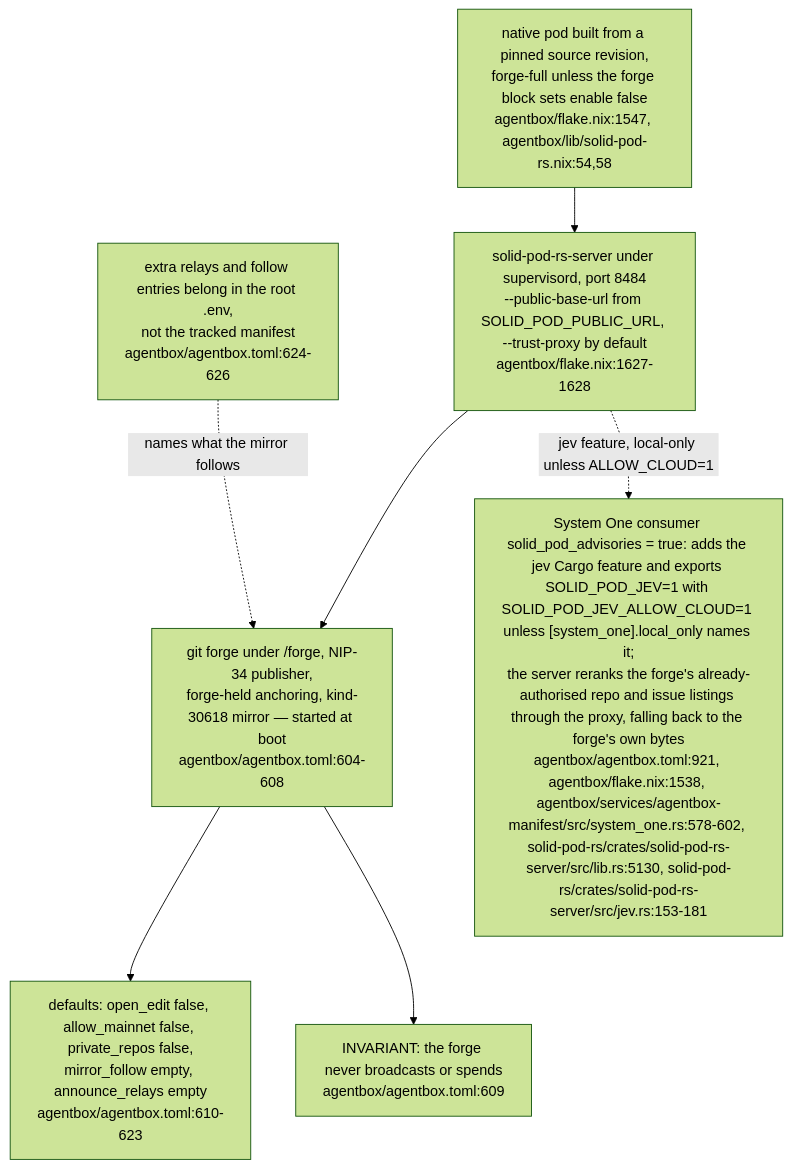
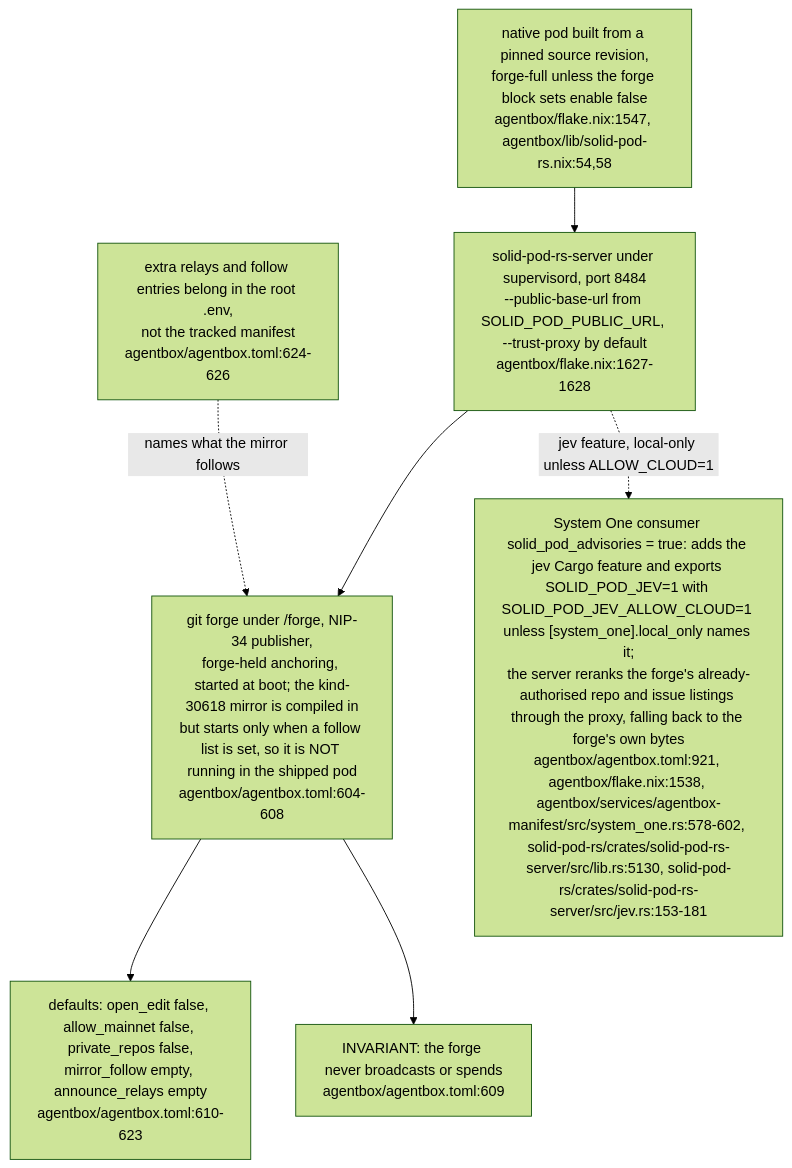
One commit to DreamLab-AI/VisionFlow changed diagram 13 of 13 in docs/diagrams/estate/08-solid-pod-estate.md. Above: the diagram before and after it, drawn with Mermaid (forest theme). The commit also changed other lines of this file and 151 other files, not shown here.

````diff
--- a/docs/diagrams/estate/08-solid-pod-estate.md
+++ b/docs/diagrams/estate/08-solid-pod-estate.md
@@ -528,15 +528,15 @@
 ```mermaid
 flowchart TB
     PIN["native pod built from a pinned source revision,<br/>forge-full unless the forge block sets enable false<br/>agentbox/flake.nix:1547, agentbox/lib/solid-pod-rs.nix:54,58"]
     SRV["solid-pod-rs-server under supervisord, port 8484<br/>--public-base-url from SOLID_POD_PUBLIC_URL, --trust-proxy by default<br/>agentbox/flake.nix:1627-1628"]
-    FORGE["git forge under /forge, NIP-34 publisher,<br/>forge-held anchoring, kind-30618 mirror — started at boot<br/>agentbox/agentbox.toml:604-608"]
+    FORGE["git forge under /forge, NIP-34 publisher,<br/>forge-held anchoring, started at boot; the kind-30618 mirror is compiled in<br/>but starts only when a follow list is set, so it is NOT running in the shipped pod<br/>agentbox/agentbox.toml:604-608"]
     OFF["defaults: open_edit false, allow_mainnet false, private_repos false,<br/>mirror_follow empty, announce_relays empty<br/>agentbox/agentbox.toml:610-623"]
     JEV["System One consumer solid_pod_advisories = true: adds the jev Cargo feature and exports SOLID_POD_JEV=1 with SOLID_POD_JEV_ALLOW_CLOUD=1 unless [system_one].local_only names it;<br/>the server reranks the forge's already-authorised repo and issue listings through the proxy, falling back to the forge's own bytes<br/>agentbox/agentbox.toml:921, agentbox/flake.nix:1538, agentbox/services/agentbox-manifest/src/system_one.rs:578-602, solid-pod-rs/crates/solid-pod-rs-server/src/lib.rs:5130, solid-pod-rs/crates/solid-pod-rs-server/src/jev.rs:153-181"]
     ENV["extra relays and follow entries belong in the root .env,<br/>not the tracked manifest<br/>agentbox/agentbox.toml:624-626"]
     PIN --> SRV --> FORGE
     FORGE --> OFF
     SRV -.->|"jev feature, local-only unless ALLOW_CLOUD=1"| JEV
     ENV -.->|"names what the mirror follows"| FORGE
     NOANCHOR["INVARIANT: the forge never broadcasts or spends<br/>agentbox/agentbox.toml:609"]
     FORGE --> NOANCHOR
 ```
````
